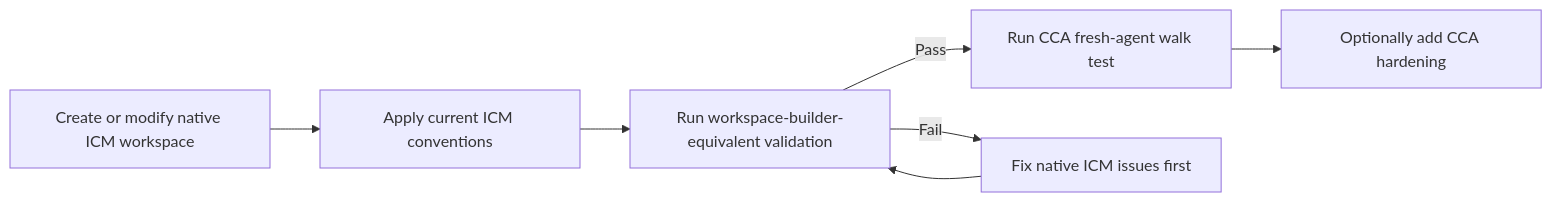
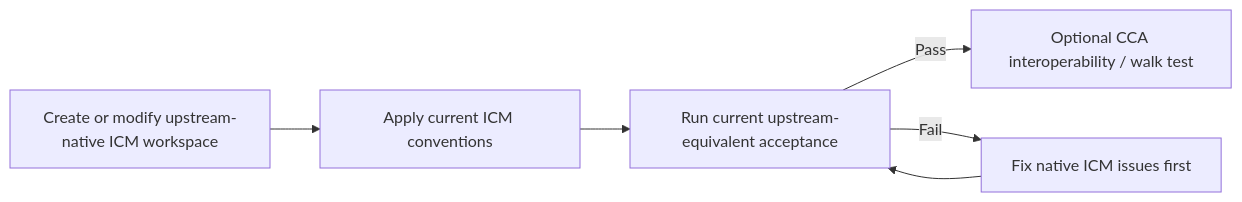
Before and after one commit to yonasuriv/CCA: the diagram in docs/compatibility-details.md, drawn with Mermaid. The commit also changed other lines of this file, not shown here.

Commit message:
docs: align compatibility details with current model

````diff
--- a/docs/compatibility-details.md
+++ b/docs/compatibility-details.md
@@ -29,9 +40,8 @@
 ```mermaid
 flowchart LR
-    A["Create or modify native ICM workspace"] --> C["Apply current ICM conventions"]
-    C --> V["Run workspace-builder-equivalent validation"]
-    V -->|"Pass"| W["Run CCA fresh-agent walk test"]
+    A["Create or modify upstream-native ICM workspace"] --> C["Apply current ICM conventions"]
+    C --> V["Run current upstream-equivalent acceptance"]
+    V -->|"Pass"| W["Optional CCA interoperability / walk test"]
     V -->|"Fail"| F["Fix native ICM issues first"]
     F --> V
-    W --> H["Optionally add CCA hardening"]
 ```
````
